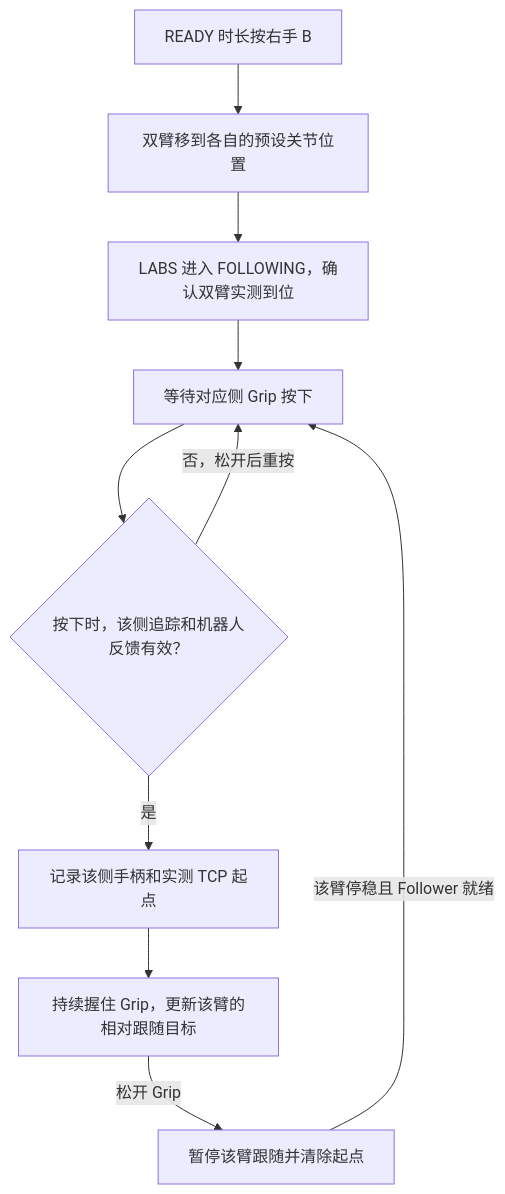
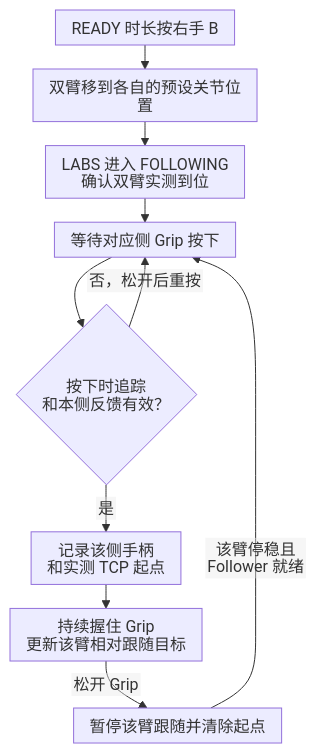
Before and after one commit to YYxzz8866/Quest-Proposal: the first of 2 diagrams in 5、映射及相对跟随.md, drawn with Mermaid. The commit also changed other lines of this file and 9 other files, not shown here.

````diff
--- a/5、映射及相对跟随.md
+++ b/5、映射及相对跟随.md
@@ -23,17 +23,18 @@
 ```mermaid
+%%{init: {"htmlLabels": false, "flowchart": {"htmlLabels": false, "useMaxWidth": true, "nodeSpacing": 16, "rankSpacing": 24, "padding": 8}}}%%
 flowchart TD
     PressB["READY 时长按右手 B"]
     Sync["双臂移到各自的预设关节位置"]
-    Arrived["LABS 进入 FOLLOWING，确认双臂实测到位"]
+    Arrived["LABS 进入 FOLLOWING<br/>确认双臂实测到位"]
     WaitGrip["等待对应侧 Grip 按下"]
-    Valid{"按下时，该侧追踪和机器人反馈有效？"}
-    Anchor["记录该侧手柄和实测 TCP 起点"]
-    Follow["持续握住 Grip，更新该臂的相对跟随目标"]
+    Valid{"按下时追踪<br/>和本侧反馈有效？"}
+    Anchor["记录该侧手柄<br/>和实测 TCP 起点"]
+    Follow["持续握住 Grip<br/>更新该臂相对跟随目标"]
     Pause["暂停该臂跟随并清除起点"]
 
     PressB --> Sync --> Arrived --> WaitGrip --> Valid
     Valid -->|是| Anchor --> Follow
     Valid -->|否，松开后重按| WaitGrip
     Follow -->|松开 Grip| Pause
-    Pause -->|该臂停稳且 Follower 就绪| WaitGrip
+    Pause -->|"该臂停稳且<br/>Follower 就绪"| WaitGrip
 ```
````
